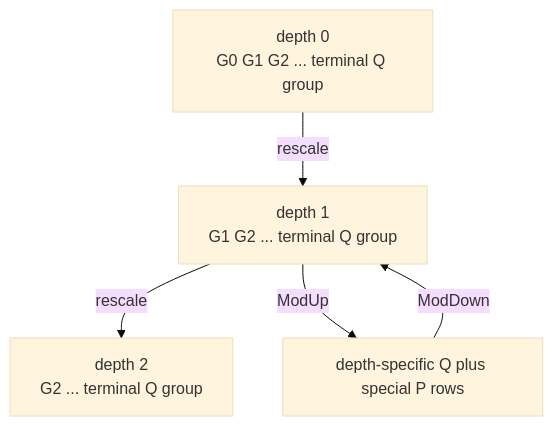
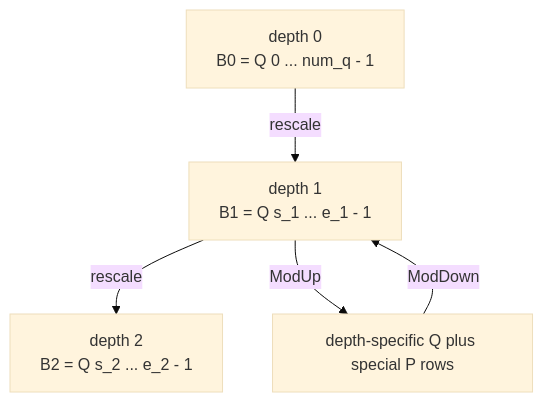
Before and after one commit to visualDust/fhelium: the first of 5 diagrams in docs/developer/rns-and-ntt.md, drawn with Mermaid (base theme). The commit also changed other lines of this file and 439 other files, not shown here.

````diff
--- a/docs/developer/rns-and-ntt.md
+++ b/docs/developer/rns-and-ntt.md
@@ -21,10 +23,10 @@
 ```mermaid
 graph TB
-    L0[depth 0<br/>G0 G1 G2 ... terminal Q group]
-    L1[depth 1<br/>G1 G2 ... terminal Q group]
-    L2[depth 2<br/>G2 ... terminal Q group]
+    L0[depth 0<br/>B0 = Q 0 ... num_q - 1]
+    L1[depth 1<br/>B1 = Q s_1 ... e_1 - 1]
+    L2[depth 2<br/>B2 = Q s_2 ... e_2 - 1]
     QP[depth-specific Q plus special P rows]
     L0 -->|rescale| L1 -->|rescale| L2
     L1 -->|ModUp| QP
     QP -->|ModDown| L1
 ```
````
